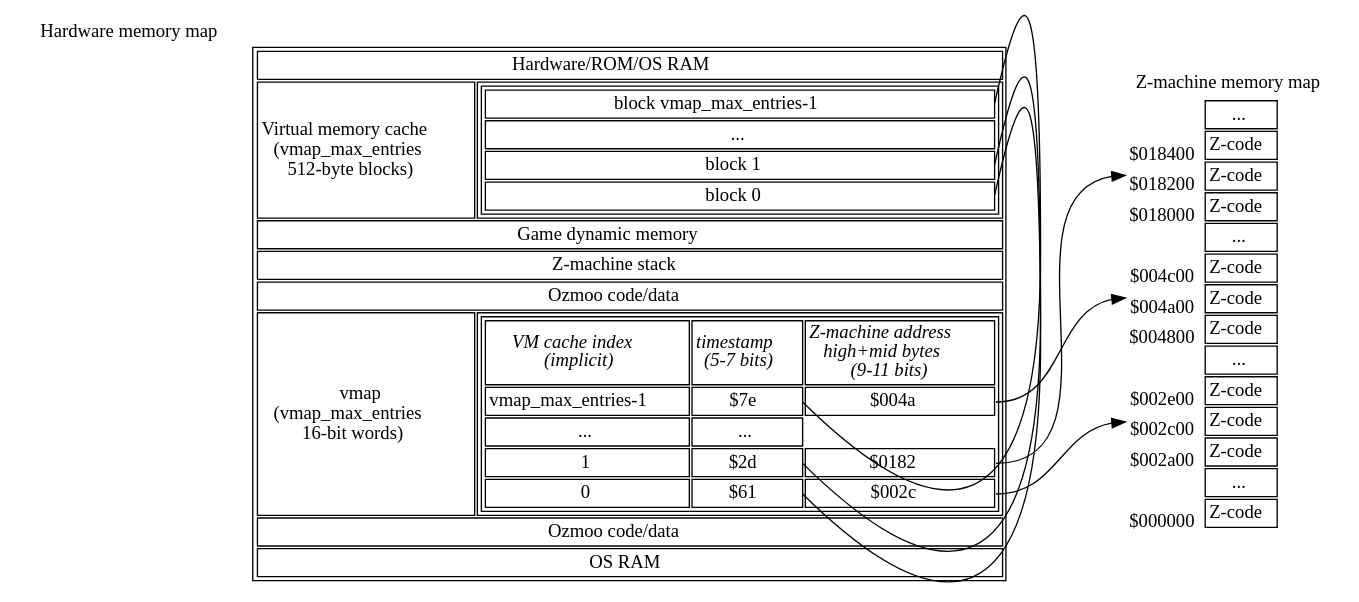
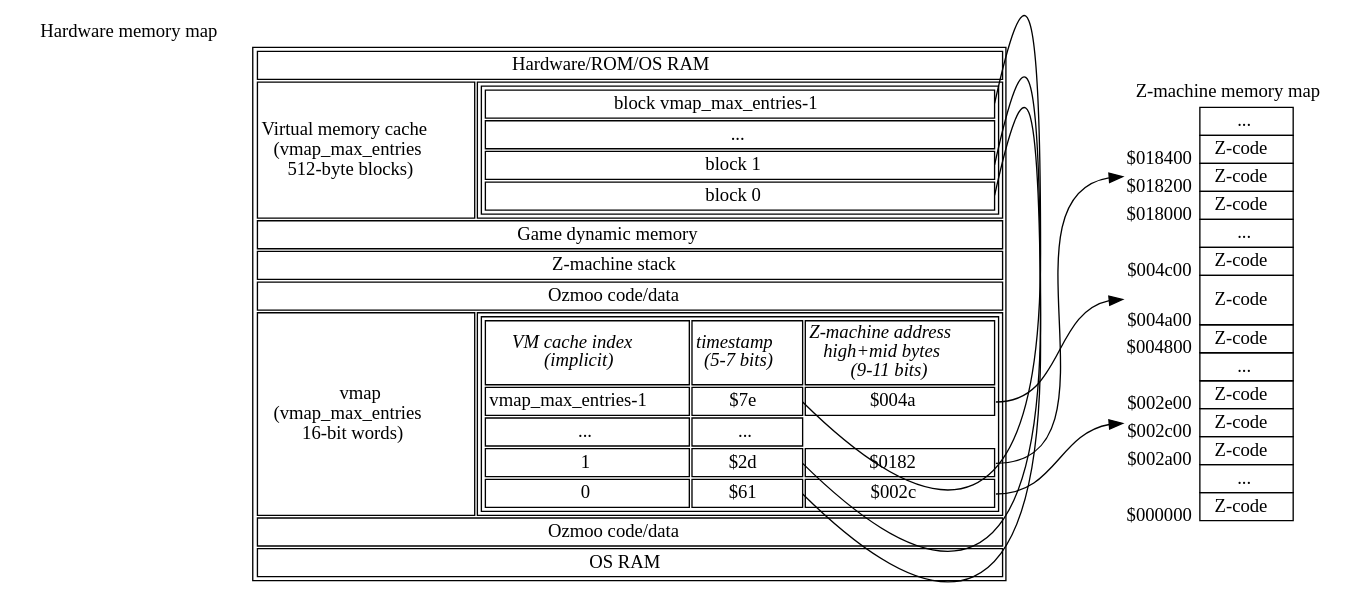
Before and after one commit to ZornsLemma/ozmoo: the diagram in documentation/techdocs/memory-map-1.dot, drawn with Graphviz.

Commit message:
Snapshot

```diff
--- a/documentation/techdocs/memory-map-1.dot
+++ b/documentation/techdocs/memory-map-1.dot
@@ -1,114 +1,114 @@
 digraph memory {
     forcelabels=true;
     node [shape=plaintext];
 
     # SFTODO: Rename "top" to "ram"?
     top [xlabel="Hardware memory map", label=<
     <table>
         <tr><td colspan="2">Hardware/ROM/OS RAM</td></tr>
         <!-- SFTODO: could label start of this chunk of memory vmap_first_ram_page -->
         <tr><td>Virtual memory cache<br/>(vmap_max_entries<br/>512-byte blocks)</td>
             <td>
                 <table port="vmem">
                     <tr><td port="lastblock">block vmap_max_entries-1</td></tr>
                     <tr><td>...</td></tr>
                     <tr><td port="block1">block 1</td></tr>
                     <tr><td port="block0">block 0</td></tr>
                 </table>
             </td>
         </tr>
         <tr><td colspan="2">Game dynamic memory</td></tr>
         <tr><td colspan="2">Z-machine stack</td></tr>
         <tr><td colspan="2">Ozmoo code/data</td></tr>
         <tr><td>vmap<br/>(vmap_max_entries<br/>16-bit words)</td>
             <td>
                 <table>
                     <tr>
                         <td><i>VM cache index<br/>(implicit)</i></td>
                         <td><i>timestamp<br/>(5-7 bits)</i></td>
                         <td><i>Z-machine address<br/>high+mid bytes<br/>(9-11 bits)</i></td>
                     </tr>
                     <tr><td>vmap_max_entries-1</td><td port="xlastblock">$7e</td><td port="z004a">$004a</td></tr>
                     <tr><td>...</td><td>...</td></tr>
                     <tr><td>1</td><td port="xblock1">$2d</td><td port="z0182">$0182</td></tr>
                     <tr><td>0</td><td port="xblock0">$61</td><td port="z002c">$002c</td></tr>
                 </table>
             </td>
         </tr>
         <tr><td colspan="2">Ozmoo code/data</td></tr>
         <tr><td colspan="2">OS RAM</td></tr>
     </table>>];
 
     zmachine [xlabel="Z-machine memory map", label=<
-    <table border="0">
+    <table border="0" cellspacing="0">
         <tr>
             <td></td>
             <td border="1">...</td>
         </tr>
         <tr>
             <td><sub>$018400</sub></td>
             <td border="1">Z-code</td>
         </tr>
         <tr>
             <td port="z0182"><sub>$018200</sub></td>
             <td border="1">Z-code</td>
         </tr>
         <tr>
             <td><sub>$018000</sub></td>
             <td border="1">Z-code</td>
         </tr>
         <tr>
             <td></td>
             <td border="1">...</td>
         </tr>
         <tr>
             <td><sub>$004c00</sub></td>
             <td border="1">Z-code</td>
         </tr>
         <tr>
-            <td port="z004a"><sub>$004a00</sub></td>
-            <td border="1">Z-code</td>
+            <td port="z004a" valign="bottom"><sub>$004a00</sub></td>
+            <td border="1" cellpadding="10">Z-code</td>
         </tr>
         <tr>
             <td><sub>$004800</sub></td>
             <td border="1">Z-code</td>
         </tr>
         <tr>
             <td></td>
             <td border="1">...</td>
         </tr>
         <tr>
             <td><sub>$002e00</sub></td>
             <td border="1">Z-code</td>
         </tr>
         <tr>
             <td port="z002c"><sub>$002c00</sub></td>
             <td border="1">Z-code</td>
         </tr>
         <tr>
             <td><sub>$002a00</sub></td>
             <td border="1">Z-code</td>
         </tr>
         <tr>
             <td></td>
             <td border="1">...</td>
         </tr>
         <tr>
             <td><sub>$000000</sub></td>
             <td border="1">Z-code</td>
         </tr>
     </table>>];
 
     {rank = same; top zmachine};
 
     # Get rid of these lines, since they don't route well?
     top:lastblock:e -> top:xlastblock:e [dir=none];
     top:block1:e -> top:xblock1:e [dir=none];
     top:block0:e -> top:xblock0:e [dir=none];
 
     top:z004a:e -> zmachine:z004a:w;
     top:z002c:e -> zmachine:z002c:w;
     top:z0182:e -> zmachine:z0182:w;
 }
 
 # vi: sw=4 sts=4
```
